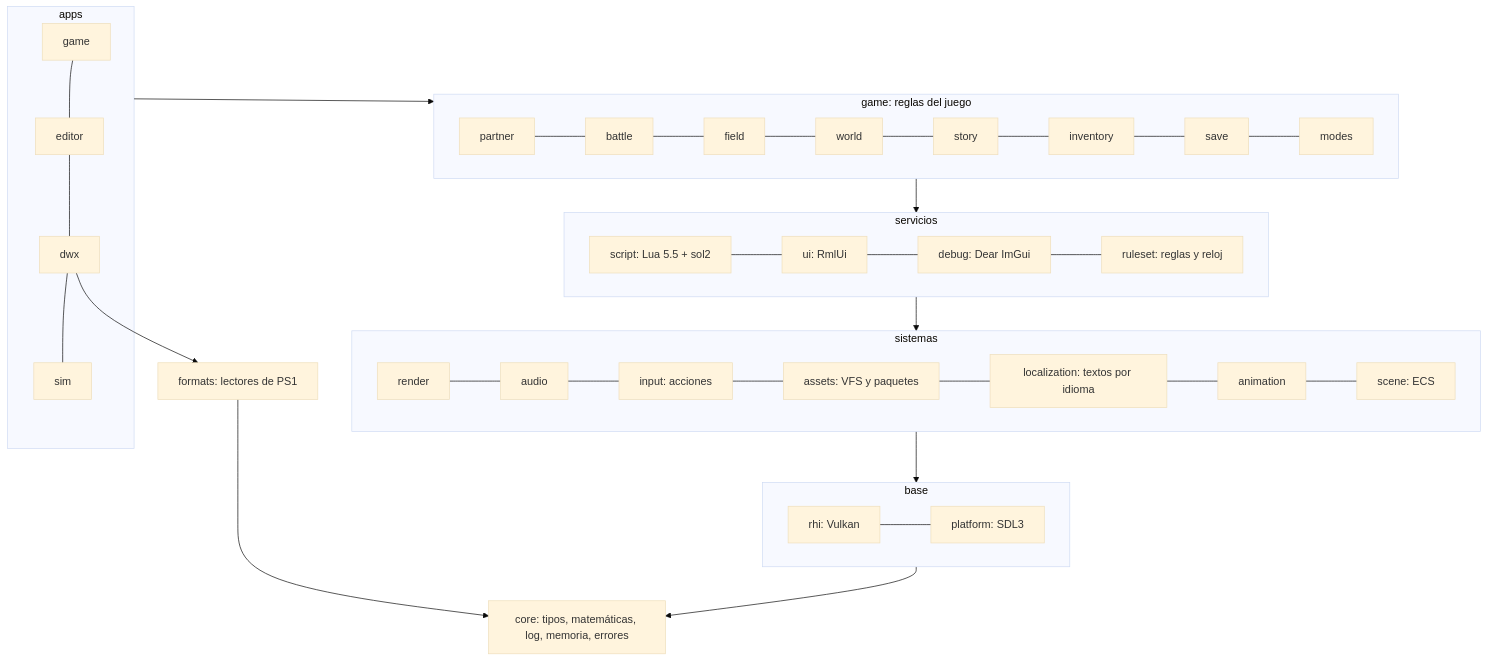
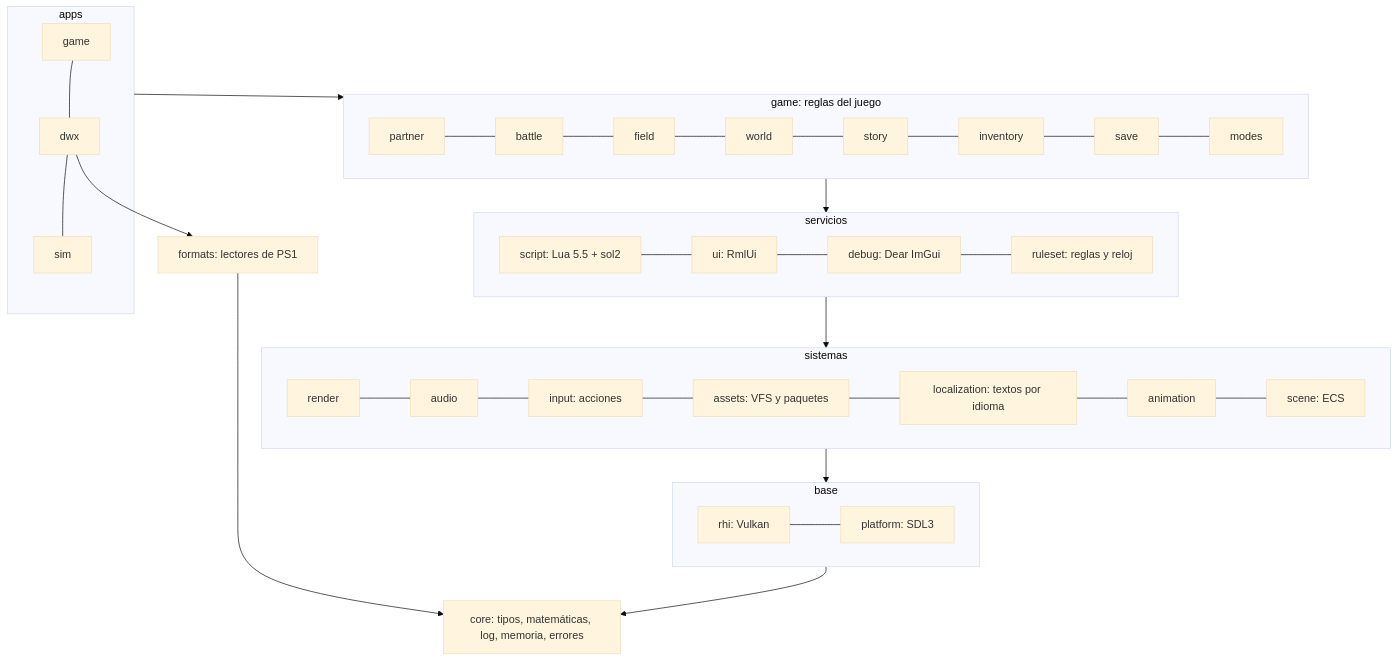
One commit to Indie-Modding-Games/dw-engine changed the second of 2 diagrams in docs/architecture/overview.md. Above: the diagram before and after it, drawn with Mermaid (base theme). The commit also changed other lines of this file and 3 other files, not shown here.

````diff
--- a/docs/architecture/overview.md
+++ b/docs/architecture/overview.md
@@ -49,23 +48,23 @@
 ```mermaid
 flowchart TB
     subgraph apps[apps]
-        game_app[game] --- editor[editor] --- dwx[dwx] --- sim[sim]
+        game_app[game] --- dwx[dwx] --- sim[sim]
     end
     subgraph gameplay[game: reglas del juego]
         partner --- battle --- field --- world --- story --- inventory --- save --- modes
     end
     subgraph services[servicios]
         script[script: Lua 5.5 + sol2] --- ui[ui: RmlUi] --- debug[debug: Dear ImGui] --- ruleset[ruleset: reglas y reloj]
     end
     subgraph systems[sistemas]
         render --- audio --- input[input: acciones] --- assets[assets: VFS y paquetes] --- localization[localization: textos por idioma] --- animation --- scene[scene: ECS]
     end
     subgraph base[base]
         rhi[rhi: Vulkan] --- platform[platform: SDL3]
     end
     core[core: tipos, matemáticas, log, memoria, errores]
     formats[formats: lectores de PS1]
 
     apps --> gameplay --> services --> systems --> base --> core
     dwx --> formats --> core
 ```
````
